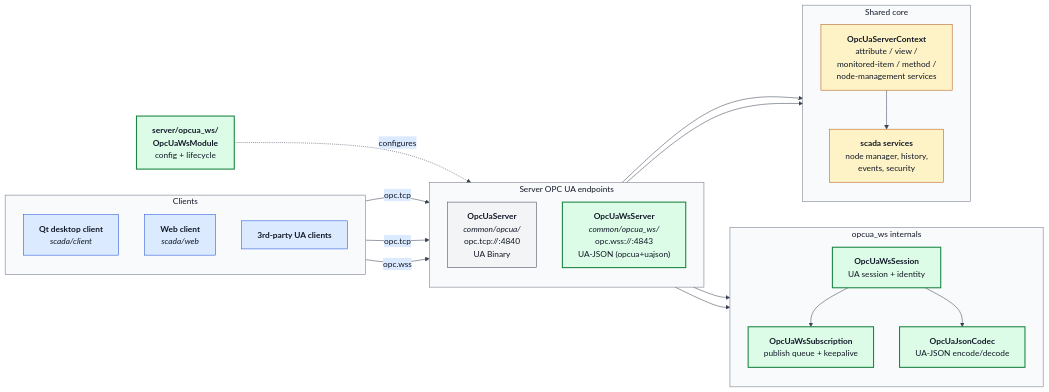
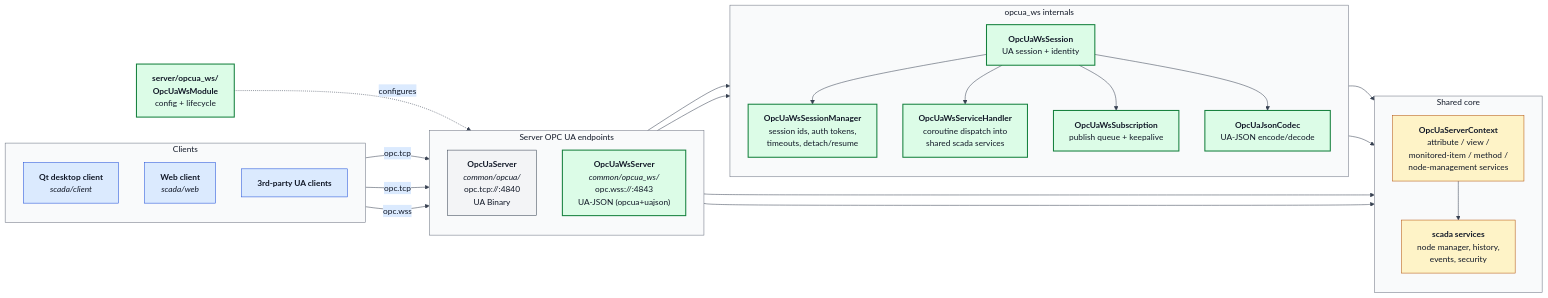
The diagram in docs/opcua_ws_architecture.mmd (alexsmn/scada-common), drawn with Mermaid before and after one commit. The commit also changed 7 other files, not shown here.

Commit message:
Add opcua_ws session lifecycle manager

```diff
--- a/docs/opcua_ws_architecture.mmd
+++ b/docs/opcua_ws_architecture.mmd
@@ -1,73 +1,79 @@
 %%{init: {
   'theme': 'base',
   'themeVariables': {
     'background': '#ffffff',
     'primaryColor': '#f3f4f6',
     'primaryBorderColor': '#374151',
     'primaryTextColor': '#111827',
     'secondaryColor': '#dbeafe',
     'secondaryBorderColor': '#1d4ed8',
     'secondaryTextColor': '#111827',
     'tertiaryColor': '#fef3c7',
     'tertiaryBorderColor': '#b45309',
     'tertiaryTextColor': '#111827',
     'lineColor': '#374151',
     'defaultLinkColor': '#374151',
     'clusterBkg': '#f9fafb',
     'clusterBorder': '#6b7280',
     'titleColor': '#111827'
   },
   'flowchart': {'htmlLabels': true}
 }}%%
 flowchart LR
     subgraph Clients["Clients"]
         direction TB
         QT["<b>Qt desktop client</b><br/><i>scada/client</i>"]
         WEB["<b>Web client</b><br/><i>scada/web</i>"]
         NATIVE["<b>3rd-party UA clients</b>"]
     end
 
     subgraph Endpoints["Server OPC UA endpoints"]
         direction TB
         TCP["<b>OpcUaServer</b><br/><i>common/opcua/</i><br/>opc.tcp://:4840<br/>UA Binary"]
         WS["<b>OpcUaWsServer</b><br/><i>common/opcua_ws/</i><br/>opc.wss://:4843<br/>UA-JSON (opcua+uajson)"]
     end
 
     subgraph WsInternals["opcua_ws internals"]
         direction TB
         SESS["<b>OpcUaWsSession</b><br/>UA session + identity"]
+        SMGR["<b>OpcUaWsSessionManager</b><br/>session ids, auth tokens,<br/>timeouts, detach/resume"]
+        HANDLER["<b>OpcUaWsServiceHandler</b><br/>coroutine dispatch into<br/>shared scada services"]
         SUB["<b>OpcUaWsSubscription</b><br/>publish queue + keepalive"]
         CODEC["<b>OpcUaJsonCodec</b><br/>UA-JSON encode/decode"]
     end
 
     subgraph Core["Shared core"]
         direction TB
         CTX["<b>OpcUaServerContext</b><br/>attribute / view /<br/>monitored-item / method /<br/>node-management services"]
         SVC["<b>scada services</b><br/>node manager, history,<br/>events, security"]
     end
 
     MOD["<b>server/opcua_ws/<br/>OpcUaWsModule</b><br/>config + lifecycle"]
 
     QT -->|opc.tcp| TCP
     NATIVE -->|opc.tcp| TCP
     WEB -->|opc.wss| WS
 
     WS --> SESS
+    SESS --> SMGR
+    SESS --> HANDLER
     WS --> CODEC
     SESS --> SUB
     SESS --> CODEC
+    HANDLER --> CTX
+    SMGR --> CTX
 
     TCP --> CTX
     WS --> CTX
     CTX --> SVC
 
     MOD -.configures.-> WS
 
     classDef clientStyle fill:#dbeafe,stroke:#1d4ed8,color:#111827
     classDef newModule fill:#dcfce7,stroke:#15803d,color:#111827,stroke-width:2px
     classDef existing fill:#f3f4f6,stroke:#374151,color:#111827
     classDef core fill:#fef3c7,stroke:#b45309,color:#111827
     class QT,WEB,NATIVE clientStyle
-    class WS,SESS,SUB,CODEC,MOD newModule
+    class WS,SESS,SMGR,HANDLER,SUB,CODEC,MOD newModule
     class TCP existing
     class CTX,SVC core
```
